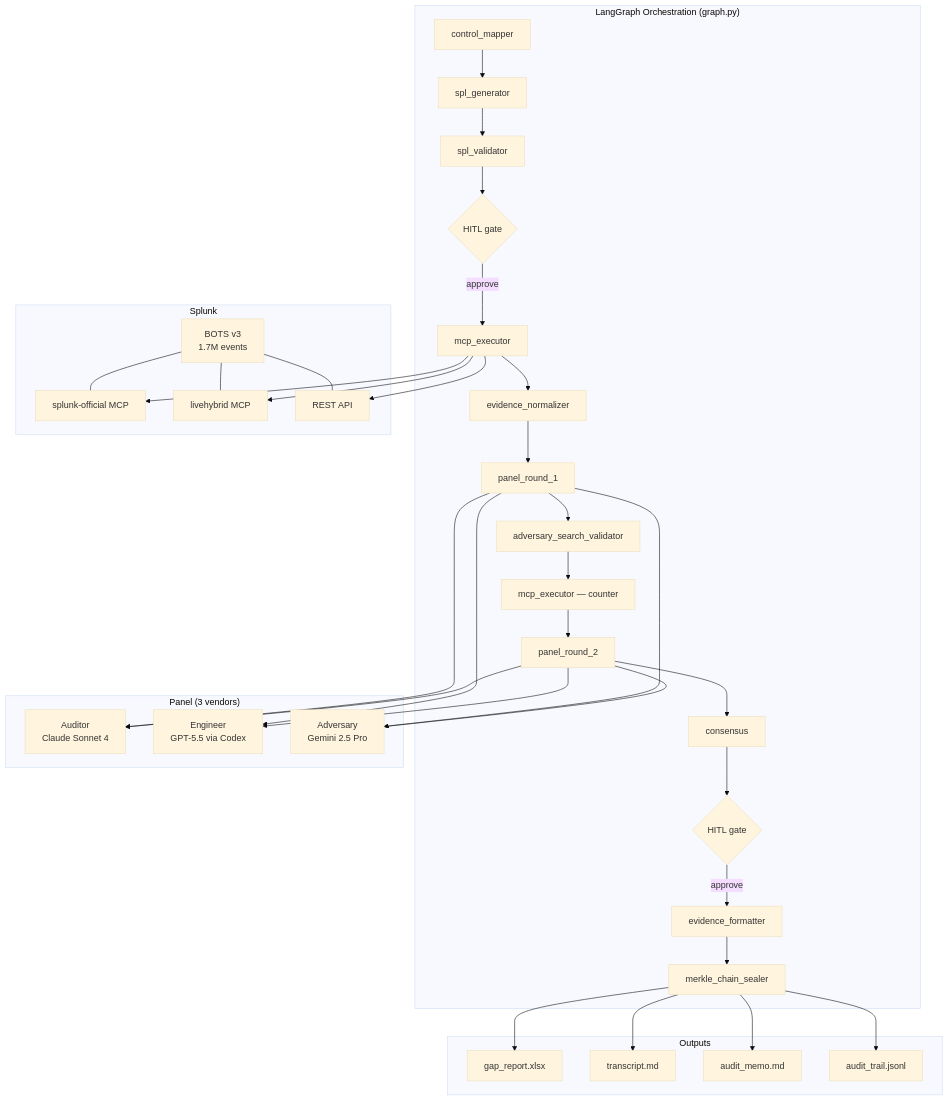
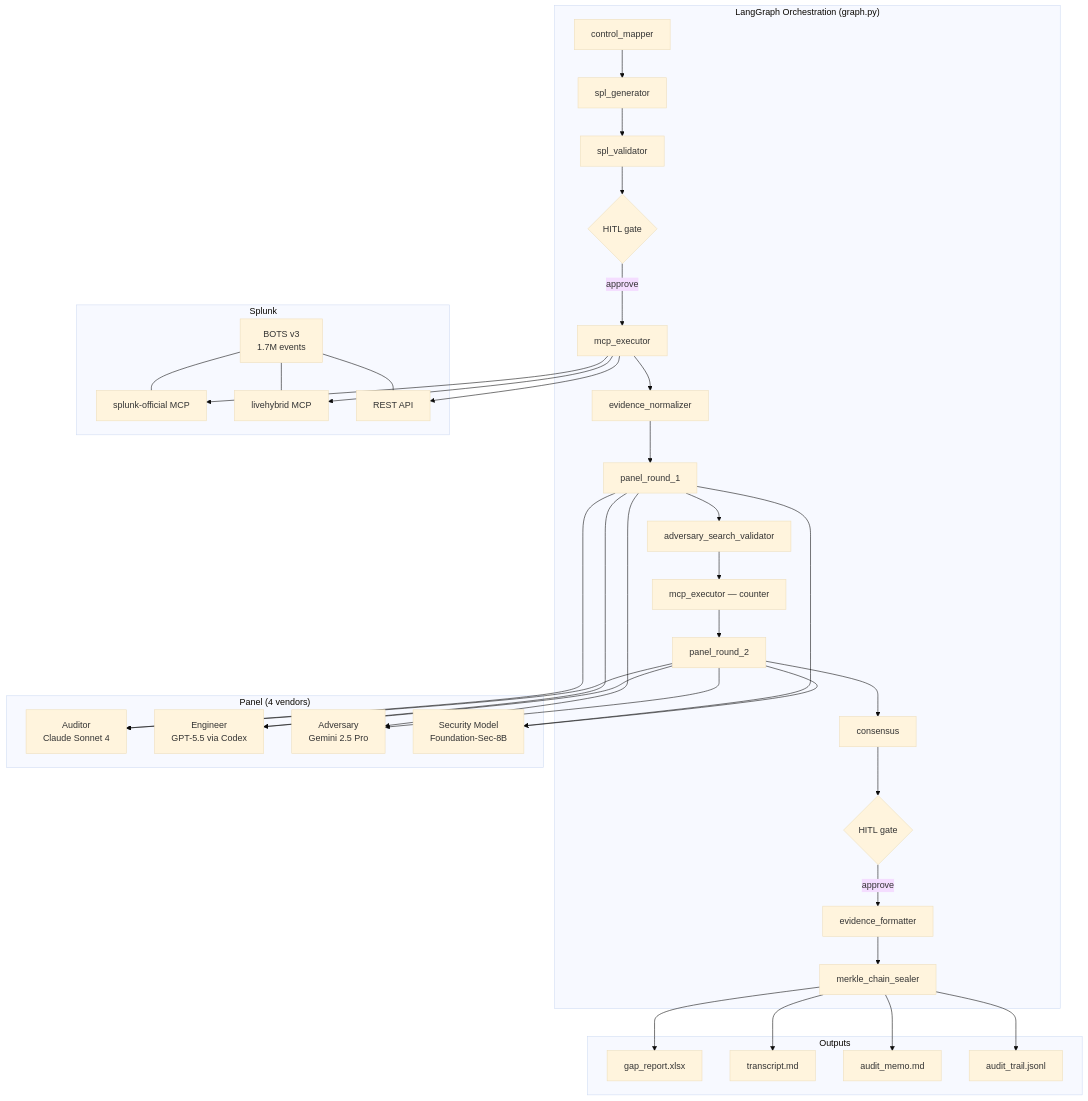
One commit to sandhipveera/audit-evidence-compiler changed the diagram in README.md. Above: the diagram before and after it, drawn with Mermaid (base theme). The commit also changed other lines of this file and 26 other files, not shown here.

First line of the commit message:
feat: Task 020 Foundation-Sec-8B as 4th panel persona (#18)

````diff
--- a/README.md
+++ b/README.md
@@ -164,43 +165,44 @@
 ```mermaid
 graph TD
     subgraph "LangGraph Orchestration (graph.py)"
       N1[control_mapper] --> N2[spl_generator]
       N2 --> N3[spl_validator]
       N3 --> N4{HITL gate}
       N4 -->|approve| N5[mcp_executor]
       N5 --> N6[evidence_normalizer]
       N6 --> N7[panel_round_1]
       N7 --> N8[adversary_search_validator]
       N8 --> N9[mcp_executor — counter]
       N9 --> N10[panel_round_2]
       N10 --> N11[consensus]
       N11 --> N12{HITL gate}
       N12 -->|approve| N13[evidence_formatter]
       N13 --> N14[merkle_chain_sealer]
     end
 
     subgraph "Splunk"
       S1[BOTS v3<br/>1.7M events]
       S2[splunk-official MCP]
       S3[livehybrid MCP]
       S4[REST API]
     end
 
-    subgraph "Panel (3 vendors)"
+    subgraph "Panel (4 vendors)"
       P1[Auditor<br/>Claude Sonnet 4]
       P2[Engineer<br/>GPT-5.5 via Codex]
       P3[Adversary<br/>Gemini 2.5 Pro]
+      P4[Security Model<br/>Foundation-Sec-8B]
     end
 
     subgraph "Outputs"
       O1[gap_report.xlsx]
       O2[transcript.md]
       O3[audit_memo.md]
       O4[audit_trail.jsonl]
     end
 
     N5 --> S2 & S3 & S4
     S1 --- S2 & S3 & S4
-    N7 & N10 --> P1 & P2 & P3
+    N7 & N10 --> P1 & P2 & P3 & P4
     N14 --> O1 & O2 & O3 & O4
 ```
````
